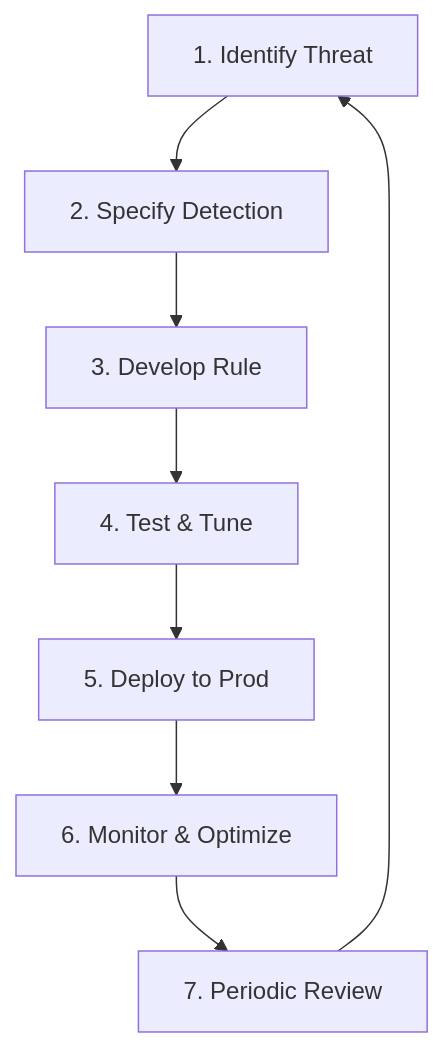
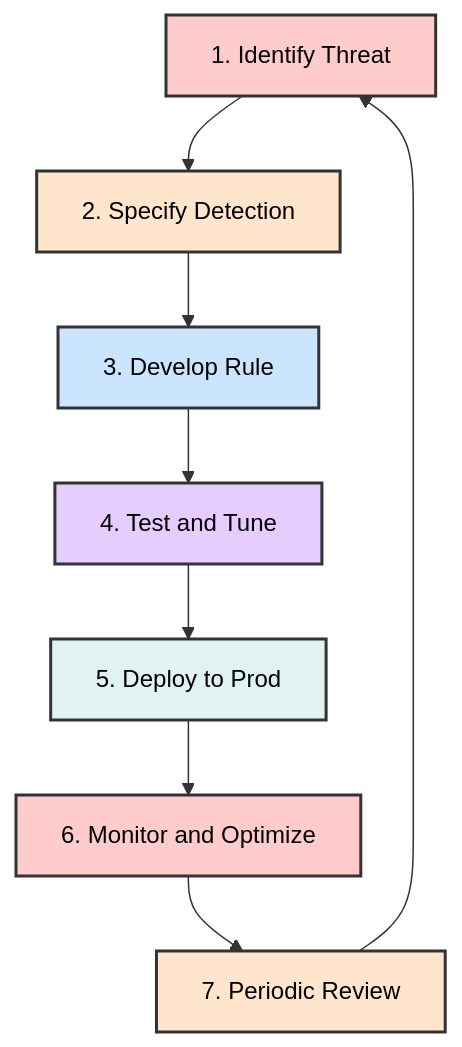
Diagram 12 of 12 in 2-Security-Monitoring-SIEM-Fundamentals/README.md (manojxshrestha/SOC-Analyst-Cheatsheet), drawn with Mermaid before and after one commit. The commit also changed other lines of this file, not shown here.

````diff
--- a/2-Security-Monitoring-SIEM-Fundamentals/README.md
+++ b/2-Security-Monitoring-SIEM-Fundamentals/README.md
@@ -1436,10 +1478,18 @@
 ```mermaid
 graph TD
     Identify[1. Identify Threat] --> Specify[2. Specify Detection]
     Specify --> Develop[3. Develop Rule]
-    Develop --> Test[4. Test & Tune]
+    Develop --> Test[4. Test and Tune]
     Test --> Deploy[5. Deploy to Prod]
-    Deploy --> Monitor[6. Monitor & Optimize]
+    Deploy --> Monitor[6. Monitor and Optimize]
     Monitor --> Review[7. Periodic Review]
     Review --> Identify
+
+    style Identify fill:#ffcccc,stroke:#333,stroke-width:2px,color:#000
+    style Specify fill:#ffe5cc,stroke:#333,stroke-width:2px,color:#000
+    style Develop fill:#cce5ff,stroke:#333,stroke-width:2px,color:#000
+    style Test fill:#e6ccff,stroke:#333,stroke-width:2px,color:#000
+    style Deploy fill:#e0f2f1,stroke:#333,stroke-width:2px,color:#000
+    style Monitor fill:#ffcccc,stroke:#333,stroke-width:2px,color:#000
+    style Review fill:#ffe5cc,stroke:#333,stroke-width:2px,color:#000
 ```
````
